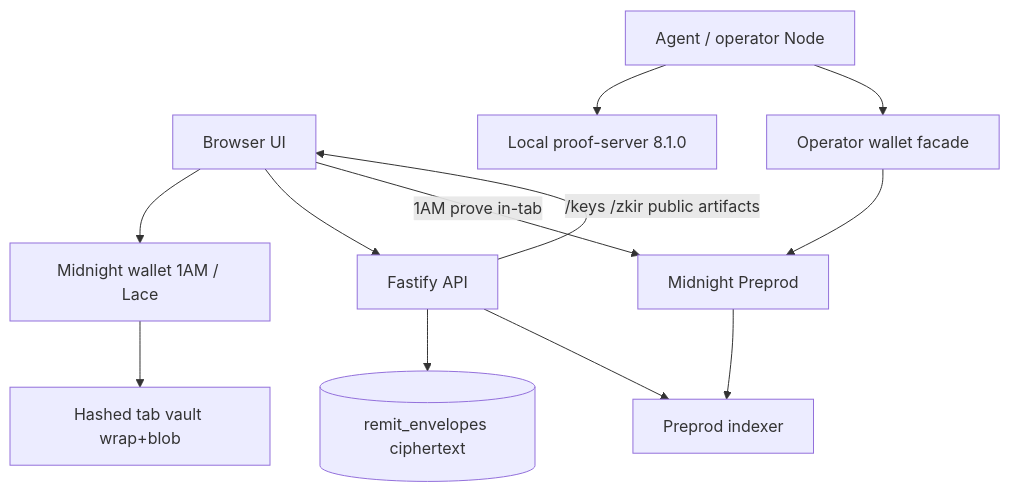
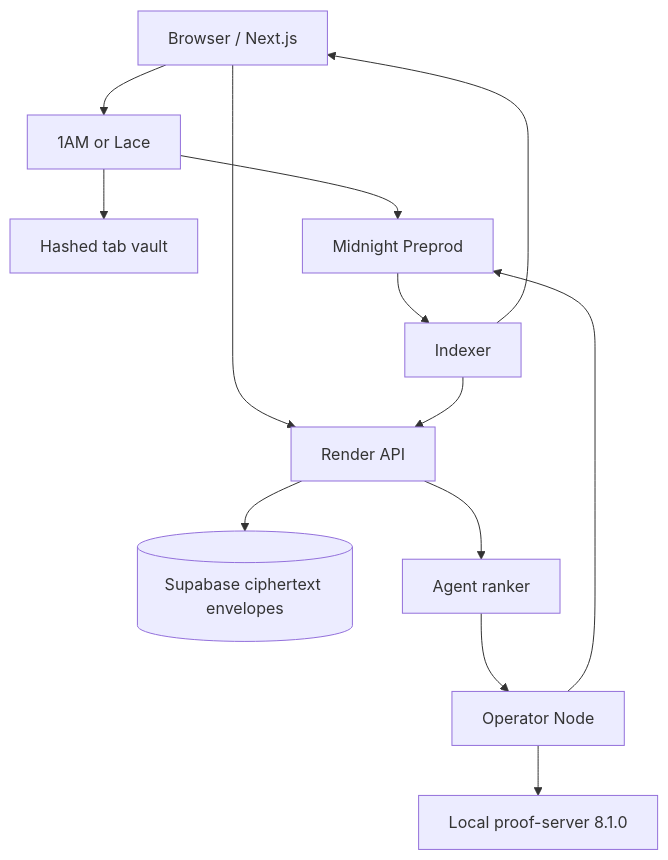
Before and after one commit to mohamedwael201193/REMIT: the third of 9 diagrams in README.md, drawn with Mermaid. The commit also changed other lines of this file and 8 other files, not shown here.

````diff
--- a/README.md
+++ b/README.md
@@ -90,14 +98,26 @@
 ```mermaid
 flowchart TB
-  B[Browser UI] --> W[Midnight wallet 1AM / Lace]
-  W --> PV[Hashed tab vault wrap+blob]
-  B --> API[Fastify API]
-  API --> PG[(remit_envelopes ciphertext)]
-  API --> IDX[Preprod indexer]
-  AG[Agent / operator Node] --> PS[Local proof-server 8.1.0]
-  AG --> W2[Operator wallet facade]
-  W2 --> MN[Midnight Preprod]
-  B -->|1AM prove in-tab| MN
-  MN --> IDX
-  API -->|/keys /zkir public artifacts| B
+  B[Browser / Next.js]
+  WAL[1AM or Lace]
+  VAULT[Hashed tab vault]
+  API[Render API]
+  DB[(Supabase ciphertext envelopes)]
+  AG[Agent ranker]
+  OP[Operator Node]
+  PS[Local proof-server 8.1.0]
+  MN[Midnight Preprod]
+  IX[Indexer]
+
+  B --> WAL
+  WAL --> VAULT
+  B --> API
+  API --> DB
+  API --> AG
+  AG --> OP
+  OP --> PS
+  WAL --> MN
+  OP --> MN
+  MN --> IX
+  IX --> API
+  IX --> B
 ```
````
